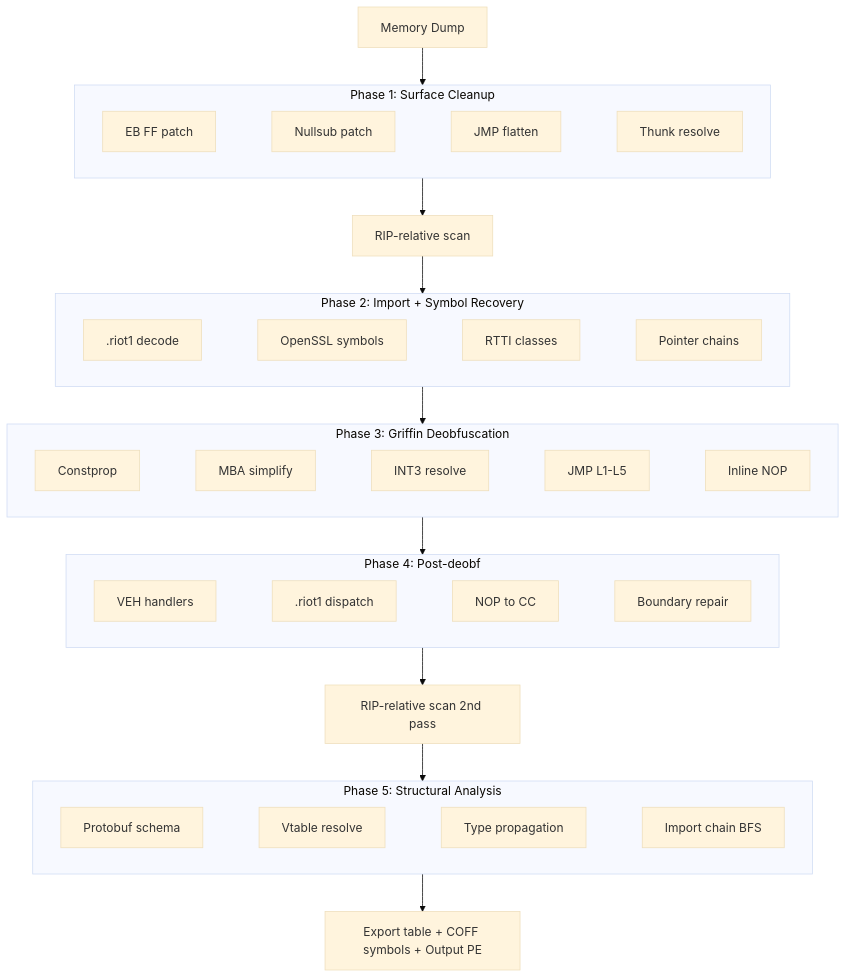
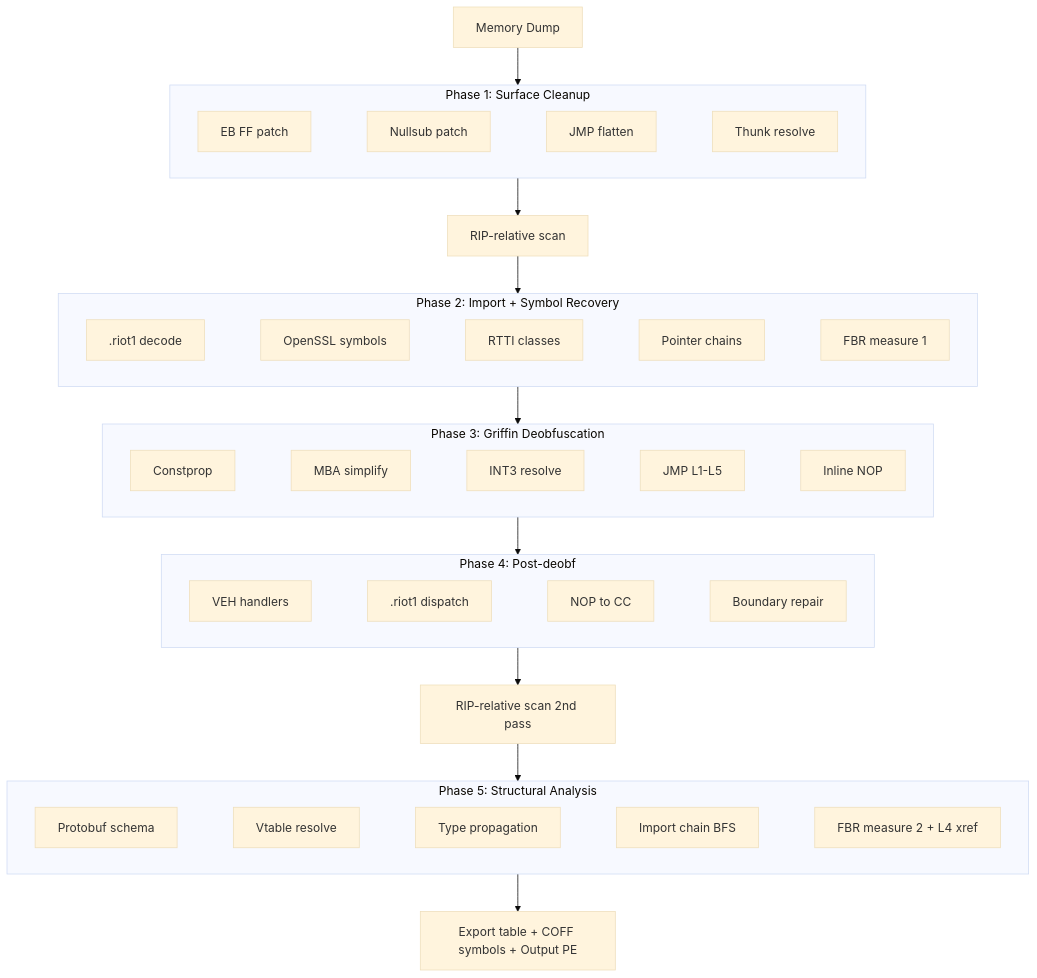
One commit to hajunwon/libvgc changed the diagram in PIPELINE.md. Above: the diagram before and after it, drawn with Mermaid (base theme). The commit also changed other lines of this file and 3 other files, not shown here.

First line of the commit message:
wire FBR into pipeline and add L4 xref layer

````diff
--- a/PIPELINE.md
+++ b/PIPELINE.md
@@ -6,43 +6,43 @@
 ```mermaid
 flowchart TD
     INPUT[Memory Dump] --> P1
 
     subgraph P1[Phase 1: Surface Cleanup]
         direction LR
         P1A[EB FF patch] ~~~ P1B[Nullsub patch] ~~~ P1C[JMP flatten] ~~~ P1D[Thunk resolve]
     end
 
     P1 --> XREF1[RIP-relative scan]
 
     XREF1 --> P2
 
     subgraph P2[Phase 2: Import + Symbol Recovery]
         direction LR
-        P2A[.riot1 decode] ~~~ P2B[OpenSSL symbols] ~~~ P2C[RTTI classes] ~~~ P2D[Pointer chains]
+        P2A[.riot1 decode] ~~~ P2B[OpenSSL symbols] ~~~ P2C[RTTI classes] ~~~ P2D[Pointer chains] ~~~ P2E[FBR measure 1]
     end
 
     P2 --> P3
 
     subgraph P3[Phase 3: Griffin Deobfuscation]
         direction LR
         P3A[Constprop] ~~~ P3B[MBA simplify] ~~~ P3C[INT3 resolve] ~~~ P3D[JMP L1-L5] ~~~ P3E[Inline NOP]
     end
 
     P3 --> P4
 
     subgraph P4[Phase 4: Post-deobf]
         direction LR
         P4A[VEH handlers] ~~~ P4B[.riot1 dispatch] ~~~ P4C[NOP to CC] ~~~ P4D[Boundary repair]
     end
 
     P4 --> XREF2[RIP-relative scan 2nd pass]
 
     XREF2 --> P5
 
     subgraph P5[Phase 5: Structural Analysis]
         direction LR
-        P5A[Protobuf schema] ~~~ P5B[Vtable resolve] ~~~ P5C[Type propagation] ~~~ P5D[Import chain BFS]
+        P5A[Protobuf schema] ~~~ P5B[Vtable resolve] ~~~ P5C[Type propagation] ~~~ P5D[Import chain BFS] ~~~ P5E[FBR measure 2 + L4 xref]
     end
 
     P5 --> OUTPUT[Export table + COFF symbols + Output PE]
 ```
````
